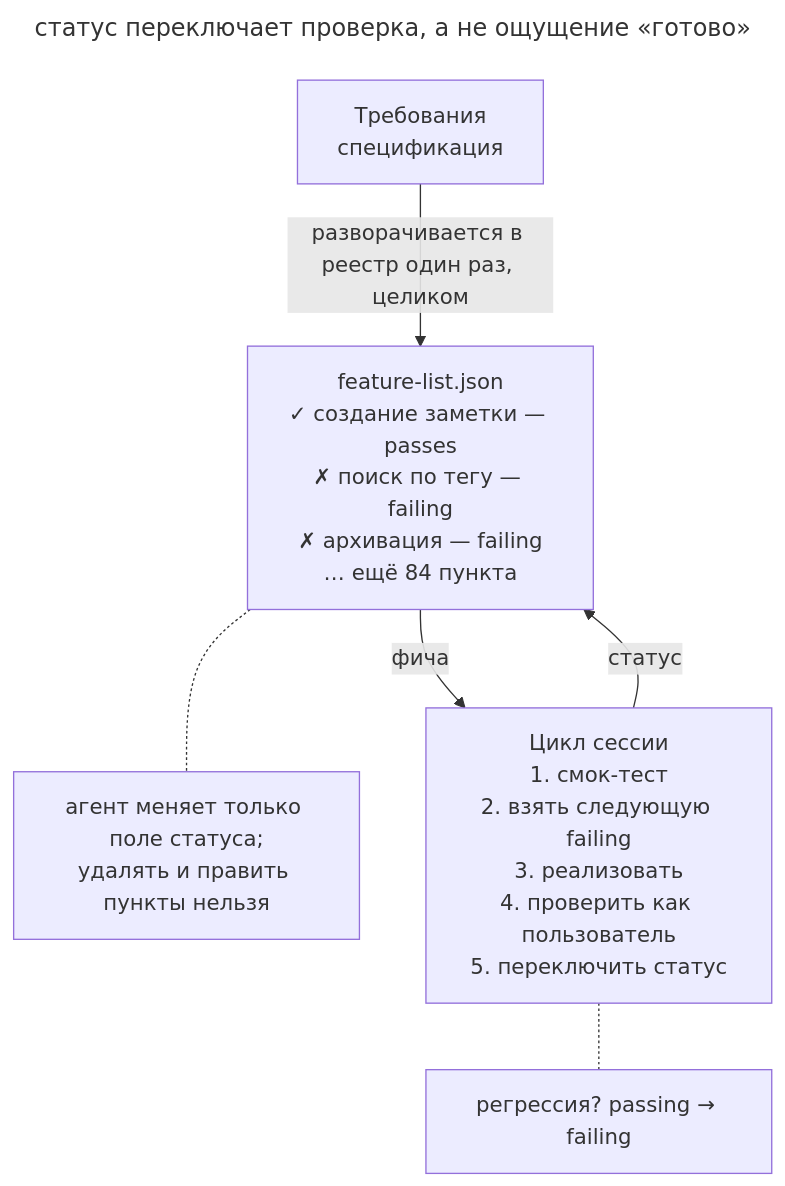
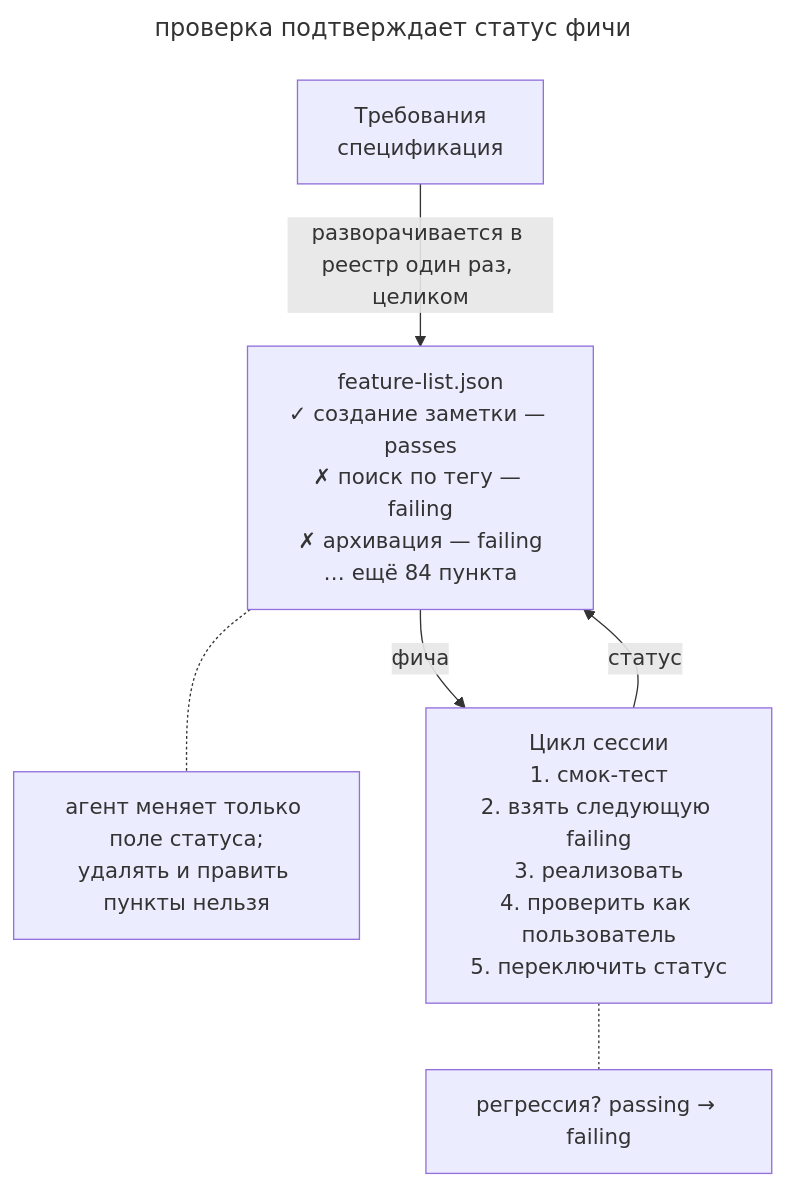
Before and after one commit to Rastavelli/agentic-coding-design-patterns: the diagram in book/ru/feature-list-harness.md, drawn with Mermaid. The commit also changed 24 other files, not shown here.

Commit message:
docs: finish Russian prose review and align diagram captions

````diff
--- a/book/ru/feature-list-harness.md
+++ b/book/ru/feature-list-harness.md
@@ -43,16 +43,16 @@
 ```mermaid
 ---
-title: статус переключает проверка, а не ощущение «готово»
+title: проверка подтверждает статус фичи
 ---
 flowchart TB
   req["Требования<br/>спецификация"]:::accent
   ledger["feature-list.json<br/>✓ создание заметки — passes<br/>✗ поиск по тегу — failing<br/>✗ архивация — failing<br/>… ещё 84 пункта"]
   rules["агент меняет только поле статуса;<br/>удалять и править пункты нельзя"]:::warn
   cycle["Цикл сессии<br/>1. смок-тест<br/>2. взять следующую failing<br/>3. реализовать<br/>4. проверить как пользователь<br/>5. переключить статус"]
   regression["регрессия? passing → failing"]:::warn
   req -- "разворачивается в реестр один раз, целиком" --> ledger
   ledger -- "фича" --> cycle
   cycle -- "статус" --> ledger
   ledger -.- rules
   cycle -.- regression
 ```
````
